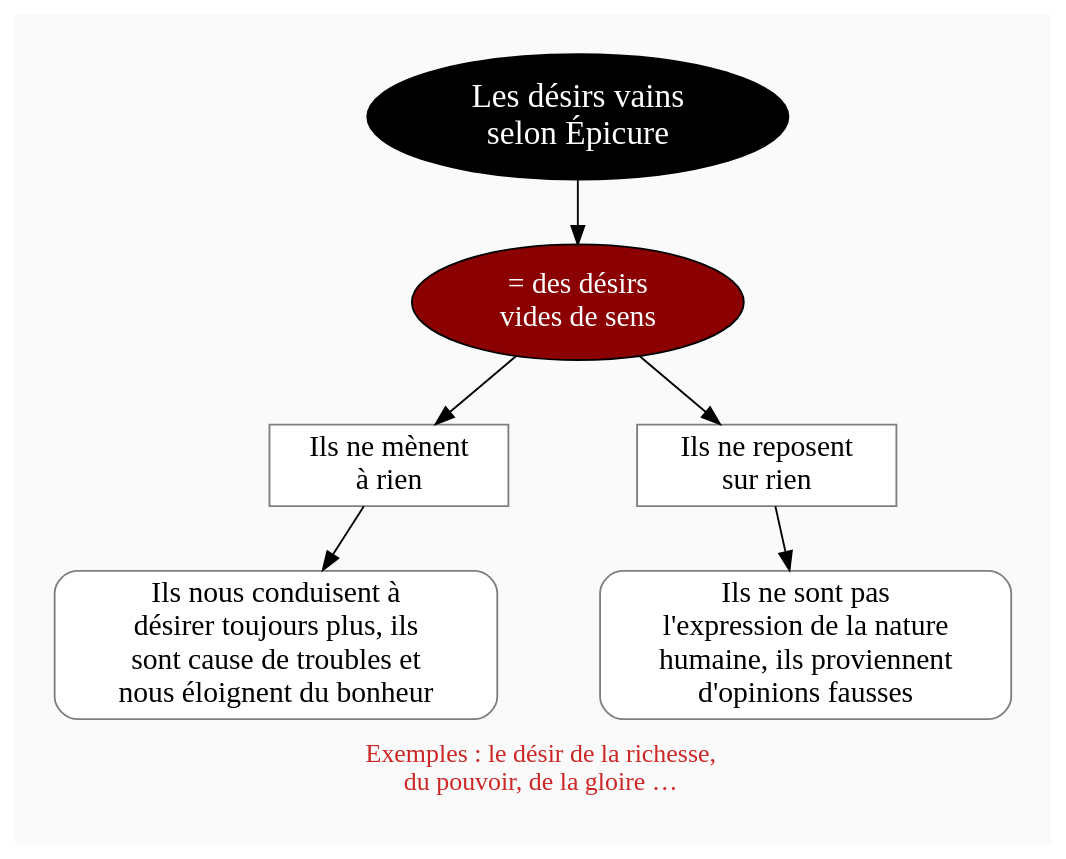
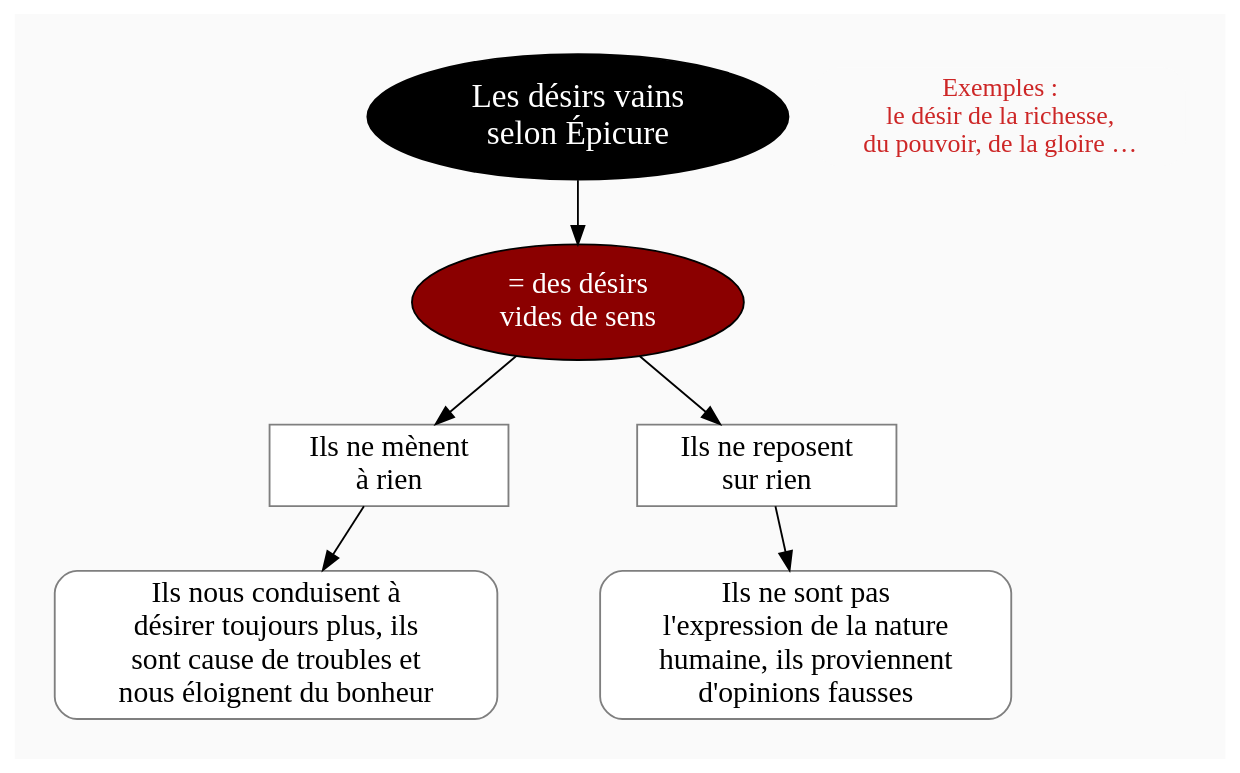
The diagram in diagram/epicurisme-desirs-vains2.dot (eyssette/graphviz-examples), drawn with Graphviz before and after one commit.

```diff
--- a/diagram/epicurisme-desirs-vains2.dot
+++ b/diagram/epicurisme-desirs-vains2.dot
@@ -1,84 +1,85 @@
 digraph G {
 //rankdir=LR
 splines=true
 //splines=curved
 bgcolor=grey98
 pad=0.3
 style=filled
 edge[minlen=4]
 ranksep=0.1
 nodesep=0.2 // valeur à changer ?
 
 // NIVEAU 1
 node[style=filled; fillcolor=12 ; fontcolor=white ; fontsize=18]
 // a1[label=""]
 a1[label="Les désirs vains
 selon Épicure"]
 
 
 // NIVEAU 2
 node[style=filled;fillcolor=red4;fontcolor=white; fontsize=16]
 // b1[label=""]
 a1->{
 b1[label="= des désirs
 vides de sens"]    
 }[headport=n]
 
 // NIVEAU 3 (sans intermédiaire)
 node [shape=box; style=filled;fillcolor=white;fontcolor=black;color=grey50]
 // c1[label=""]
 b1->c1
 c1[label="Ils ne mènent
 à rien"]
 b1->c2
 c2[label="Ils ne reposent
 sur rien"]
 
 {rank=same;c1->c2[style=invis, minlen=5]}
 
 // INTERMEDIAIRE AVANT NIVEAU 3
 node[style=filled;fillcolor=grey78;shape=oval]
 // [arrowhead=none]
 // bc1[label=""]
 
 
 // NIVEAU 3 (avec intermédiaire)
 node[style="filled";fillcolor=white;shape=box;color=grey50]
 // c1[label=""]
 
 // NIVEAU 4
 node[style="filled, rounded";fillcolor=white;shape=box;color=grey50]
 // d1[label=""]
 c1->d1
 d1[label="Ils nous conduisent à
 désirer toujours plus, ils
 sont cause de troubles et
 nous éloignent du bonheur"]
 
 c2->d2
 d2[label="Ils ne sont pas
 l'expression de la nature
 humaine, ils proviennent
 d'opinions fausses"]
 
 {rank=same;d1->d2[style=invis, minlen=4]}
 
 // ETIQUETTES EN ROUGE
 node[shape=plaintext;fontcolor=firebrick3;fillcolor=grey98]
 // e1[label=< <B>= Titre</B><BR /><BR />Contenu<BR /> >]
 // e1[label=""]
 // ->e1[minlen=1;style=invis]
 
-e1[label="Exemples : le désir de la richesse,
+e1[label="Exemples :
+le désir de la richesse,
 du pouvoir, de la gloire …";fontsize=14]
-{d1,d2}->e1[minlen=1,style=invis]
+{rank=same;a1->e1[minlen=1,style=invis]}
 
 // Remarques
 node[color=blue;shape=box;style=filled;margin=0.07;fontcolor=black;fontsize=13]
 edge[color=blue;arrowhead="none";xlabel="";style=dashed]
 // r1[label=""]
 // {rank=same;->r1}
 // {rank=same;r1->[dir=back]}
 
 
 }
```
